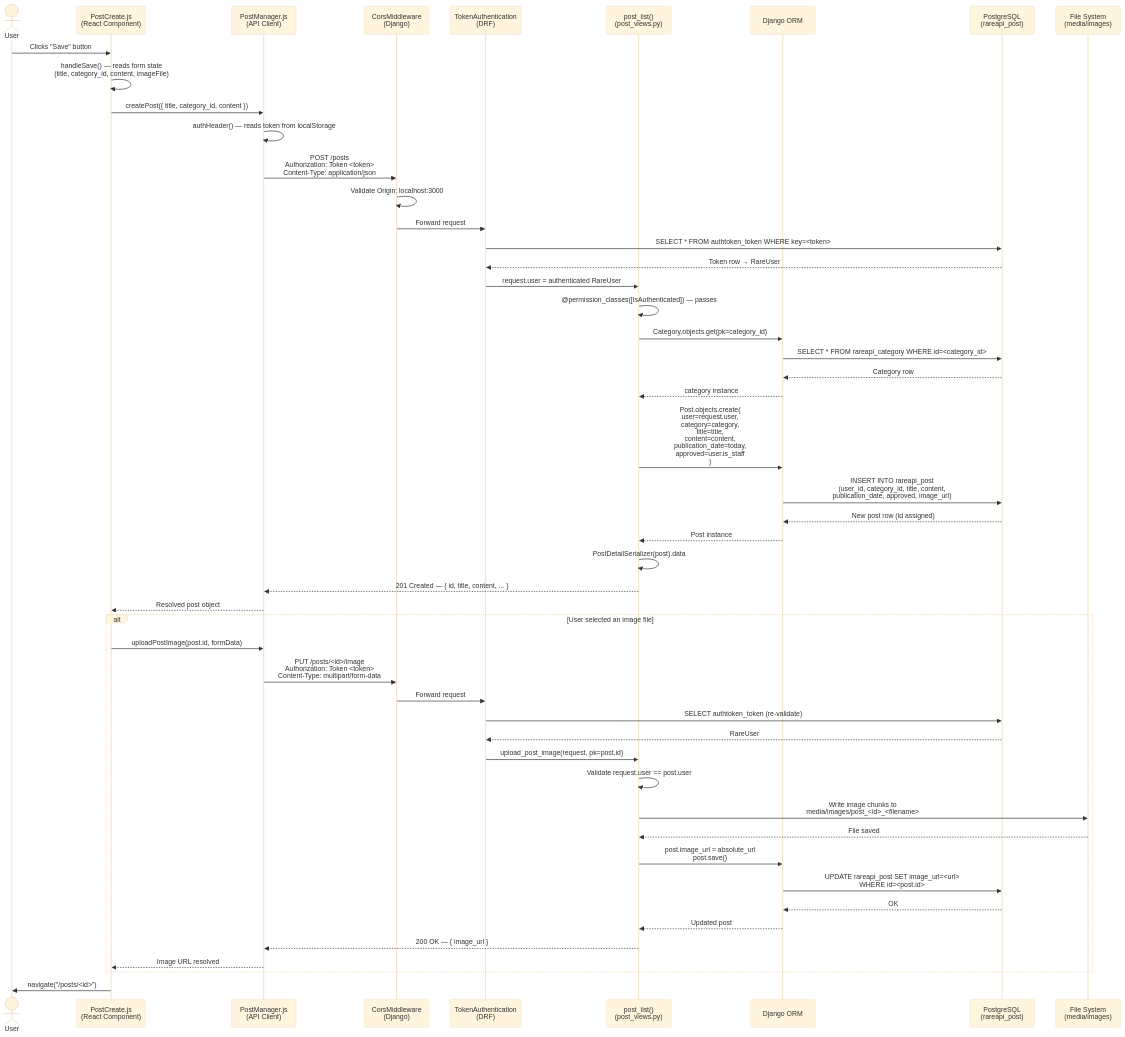
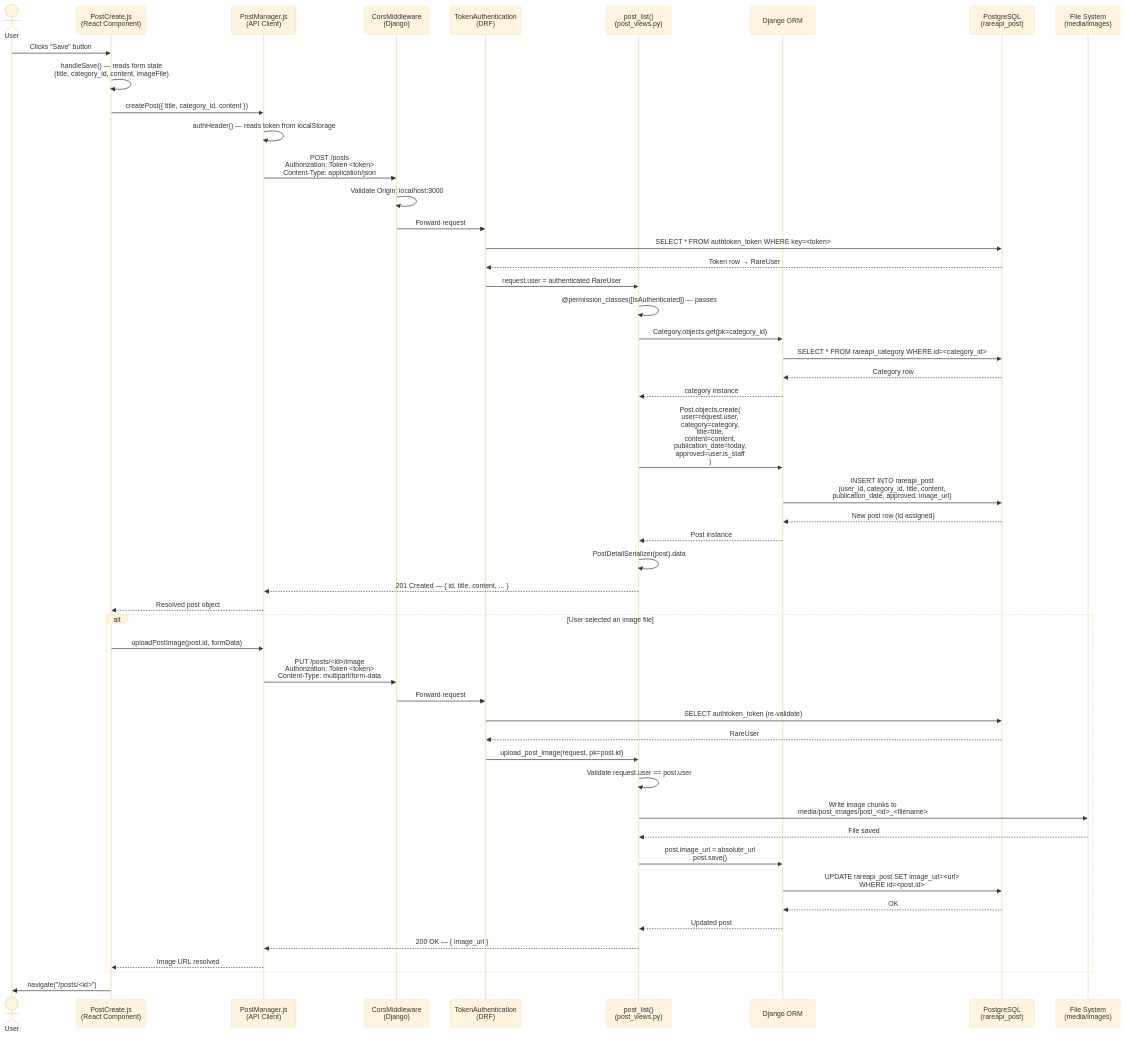
One commit to charlesmerriman/rare-api changed the diagram in docs/create-post-sequence.md. Above: the diagram before and after it, drawn with Mermaid (base theme). The commit also changed 10 other files, not shown here.

````diff
--- a/docs/create-post-sequence.md
+++ b/docs/create-post-sequence.md
@@ -3,74 +3,74 @@
 ```mermaid
 sequenceDiagram
     actor User
     participant PostCreate as PostCreate.js<br/>(React Component)
     participant PostManager as PostManager.js<br/>(API Client)
     participant CORS as CorsMiddleware<br/>(Django)
     participant Auth as TokenAuthentication<br/>(DRF)
     participant View as post_list()<br/>(post_views.py)
     participant ORM as Django ORM
     participant DB as PostgreSQL<br/>(rareapi_post)
     participant FileSystem as File System<br/>(media/images)
 
     User->>PostCreate: Clicks "Save" button
     PostCreate->>PostCreate: handleSave() — reads form state<br/>(title, category_id, content, imageFile)
 
     PostCreate->>PostManager: createPost({ title, category_id, content })
 
     PostManager->>PostManager: authHeader() — reads token from localStorage
 
     PostManager->>CORS: POST /posts<br/>Authorization: Token <token><br/>Content-Type: application/json
 
     CORS->>CORS: Validate Origin: localhost:3000
 
     CORS->>Auth: Forward request
 
     Auth->>DB: SELECT * FROM authtoken_token WHERE key=<token>
     DB-->>Auth: Token row → RareUser
 
     Auth->>View: request.user = authenticated RareUser
 
     View->>View: @permission_classes([IsAuthenticated]) — passes
 
     View->>ORM: Category.objects.get(pk=category_id)
     ORM->>DB: SELECT * FROM rareapi_category WHERE id=<category_id>
     DB-->>ORM: Category row
     ORM-->>View: category instance
 
     View->>ORM: Post.objects.create(<br/>  user=request.user,<br/>  category=category,<br/>  title=title,<br/>  content=content,<br/>  publication_date=today,<br/>  approved=user.is_staff<br/>)
     ORM->>DB: INSERT INTO rareapi_post<br/>(user_id, category_id, title, content,<br/>publication_date, approved, image_url)
     DB-->>ORM: New post row (id assigned)
     ORM-->>View: Post instance
 
     View->>View: PostDetailSerializer(post).data
 
     View-->>PostManager: 201 Created — { id, title, content, ... }
     PostManager-->>PostCreate: Resolved post object
 
     alt User selected an image file
         PostCreate->>PostManager: uploadPostImage(post.id, formData)
 
         PostManager->>CORS: PUT /posts/<id>/image<br/>Authorization: Token <token><br/>Content-Type: multipart/form-data
 
         CORS->>Auth: Forward request
         Auth->>DB: SELECT authtoken_token (re-validate)
         DB-->>Auth: RareUser
 
         Auth->>View: upload_post_image(request, pk=post.id)
 
         View->>View: Validate request.user == post.user
 
-        View->>FileSystem: Write image chunks to<br/>media/images/post_<id>_<filename>
+        View->>FileSystem: Write image chunks to<br/>media/post_images/post_<id>_<filename>
         FileSystem-->>View: File saved
 
         View->>ORM: post.image_url = absolute_url<br/>post.save()
         ORM->>DB: UPDATE rareapi_post SET image_url=<url><br/>WHERE id=<post.id>
         DB-->>ORM: OK
         ORM-->>View: Updated post
 
         View-->>PostManager: 200 OK — { image_url }
         PostManager-->>PostCreate: Image URL resolved
     end
 
     PostCreate->>User: navigate("/posts/<id>")
 ```
````
